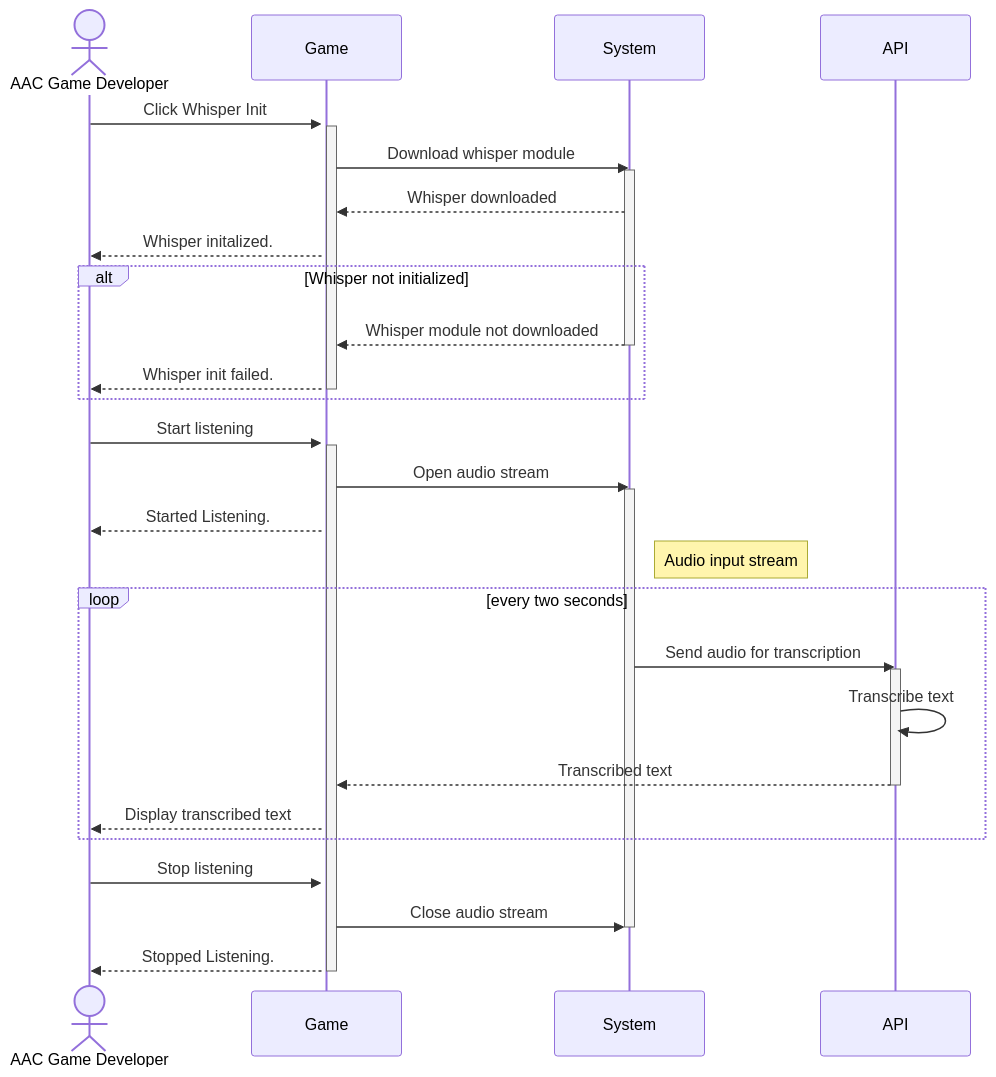
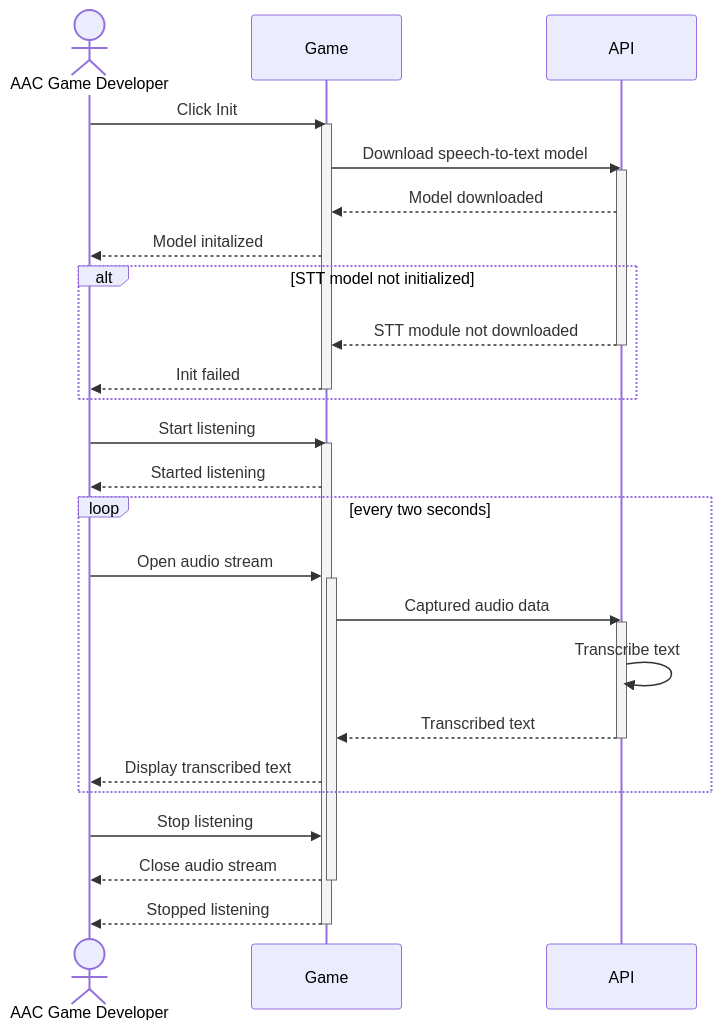
The first of 8 diagrams in documentation/docs/system-architecture/sequence-diagrams.md (Capstone-Projects-2025-Fall/project-001-aac-api), drawn with Mermaid before and after one commit. The commit also changed other lines of this file, not shown here.

Commit message:
update Sequence Diagram 1

````diff
--- a/documentation/docs/system-architecture/sequence-diagrams.md
+++ b/documentation/docs/system-architecture/sequence-diagrams.md
@@ -9,42 +9,39 @@
 ```mermaid
 sequenceDiagram
     actor AAC Game Developer
     participant Game
-    participant System
     participant API
     
+    AAC Game Developer->>Game: Click Init
     activate Game
-    AAC Game Developer->>Game: Click Whisper Init
-    activate Game
-    Game->>System: Download whisper module
-    activate System
-    System-->>Game: Whisper downloaded
-    Game-->>AAC Game Developer: Whisper initalized.
+    Game->>API: Download speech-to-text model
+    activate API
+    API-->>Game: Model downloaded
+    Game-->>AAC Game Developer: Model initalized
         
-    alt Whisper not initialized
-        System-->>Game: Whisper module not downloaded
-        deactivate System
-        Game-->> AAC Game Developer: Whisper init failed.
+    alt STT model not initialized
+        API-->>Game: STT module not downloaded
+        deactivate API
+        Game-->> AAC Game Developer: Init failed
         deactivate Game
     end
 
     AAC Game Developer->>Game: Start listening
     activate Game
-    Game->>System: Open audio stream
-    activate System
-    Game-->>AAC Game Developer: Started Listening.
-    Note right of System: Audio input stream
+    Game-->>AAC Game Developer: Started listening
     loop every two seconds
-        System->>API: Send audio for transcription
+        AAC Game Developer ->> Game: Open audio stream
+        activate Game
+        Game->>API: Captured audio data 
         activate API
         API->>API: Transcribe text
         API-->>Game: Transcribed text
         deactivate API
         Game-->>AAC Game Developer: Display transcribed text
     end
     AAC Game Developer->>Game: Stop listening
-    Game->>System: Close audio stream
-    deactivate System
-    Game-->>AAC Game Developer: Stopped Listening.
+    Game-->>AAC Game Developer: Close audio stream
+    deactivate Game
+    Game-->>AAC Game Developer: Stopped listening
     deactivate Game
 ```
````
